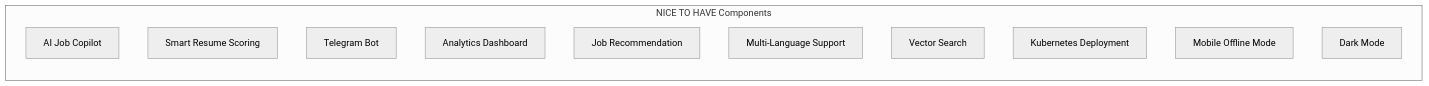
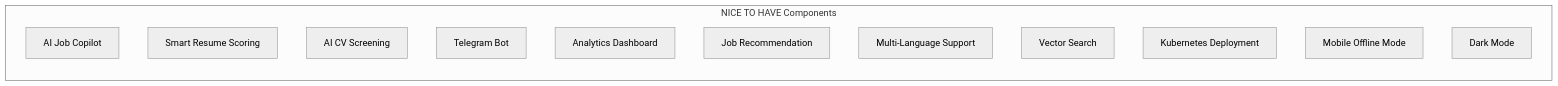
One commit to dut-pbl6-2026/job-platform-docs changed the first of 7 diagrams in docs/srs/en/5-nice-to-have-fr.md. Above: the diagram before and after it, drawn with Mermaid (neutral theme). The commit also changed other lines of this file and 7 other files, not shown here.

First line of the commit message:
docs(ai): add SCREEN-01 AI CV Screening & Job Matching to SRS (NICE TO HAVE)

````diff
--- a/docs/srs/en/5-nice-to-have-fr.md
+++ b/docs/srs/en/5-nice-to-have-fr.md
@@ -21,15 +21,16 @@
 ```mermaid
 flowchart LR
     subgraph NiceToHave["NICE TO HAVE Components"]
         AI["AI Job Copilot"]
         SCORE["Smart Resume Scoring"]
+        SCREEN["AI CV Screening"]
         TELE["Telegram Bot"]
         ANALYTICS["Analytics Dashboard"]
         RECOMMEND["Job Recommendation"]
         I18N["Multi-Language Support"]
         VECTOR["Vector Search"]
         K8S["Kubernetes Deployment"]
         OFFLINE["Mobile Offline Mode"]
         DARK["Dark Mode"]
     end
 ```
````
